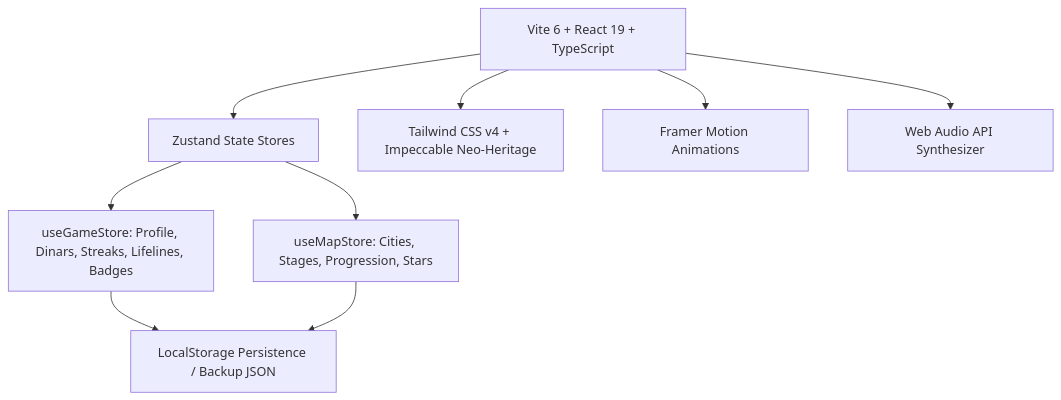
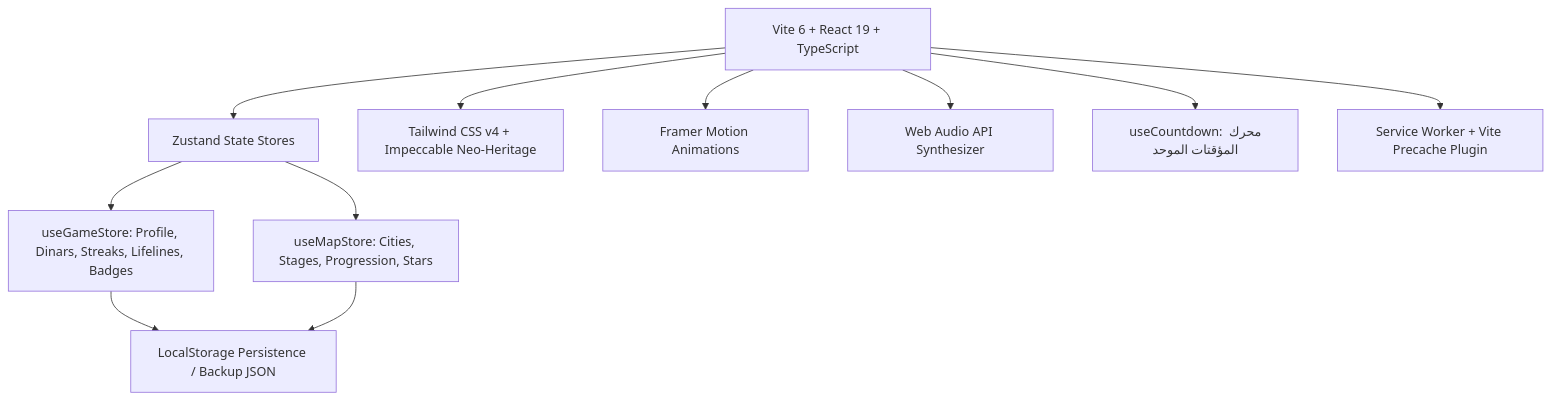
Before and after one commit to malgaroshy-maker/Dbara-game: the first of 2 diagrams in plan.md, drawn with Mermaid. The commit also changed other lines of this file and 37 other files, not shown here.

````diff
--- a/plan.md
+++ b/plan.md
@@ -7,11 +7,13 @@
 ```mermaid
 graph TD
     A[Vite 6 + React 19 + TypeScript] --> B[Zustand State Stores]
     A --> C[Tailwind CSS v4 + Impeccable Neo-Heritage]
     A --> D[Framer Motion Animations]
     A --> E[Web Audio API Synthesizer]
+    A --> I[useCountdown: محرك المؤقتات الموحد]
+    A --> J[Service Worker + Vite Precache Plugin]
     B --> F[useGameStore: Profile, Dinars, Streaks, Lifelines, Badges]
     B --> G[useMapStore: Cities, Stages, Progression, Stars]
     F --> H[LocalStorage Persistence / Backup JSON]
     G --> H
 ```
````
